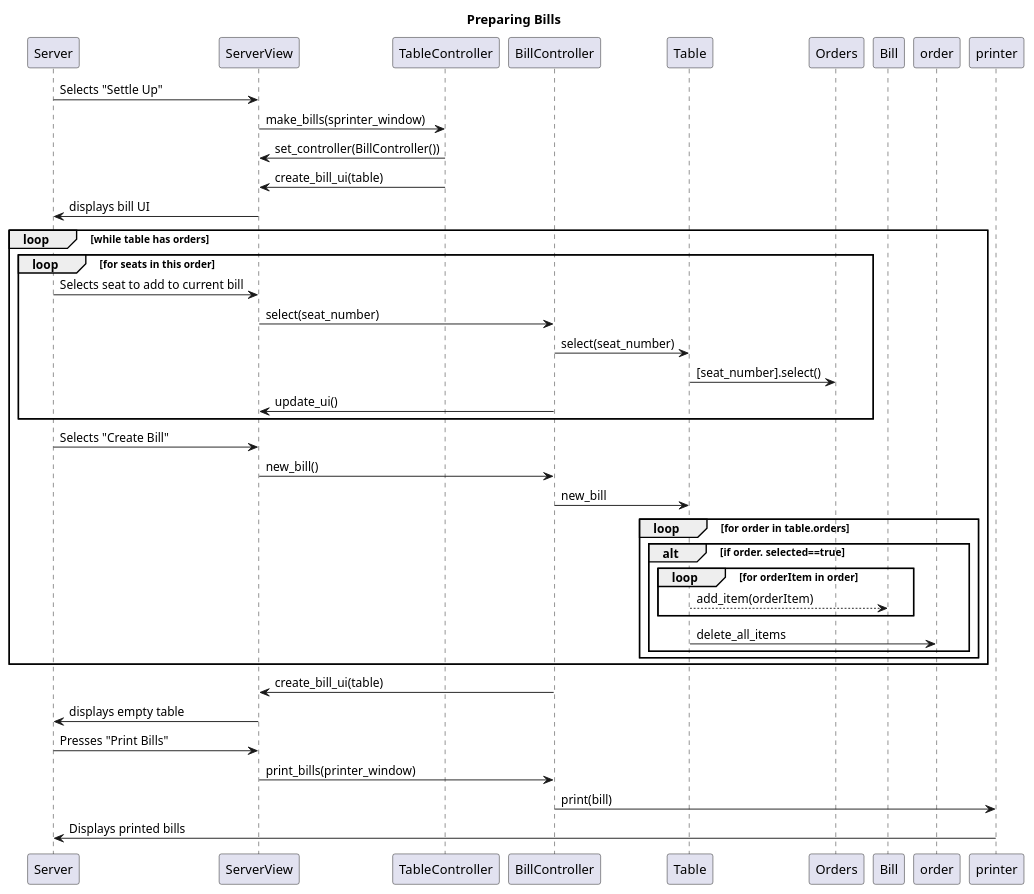
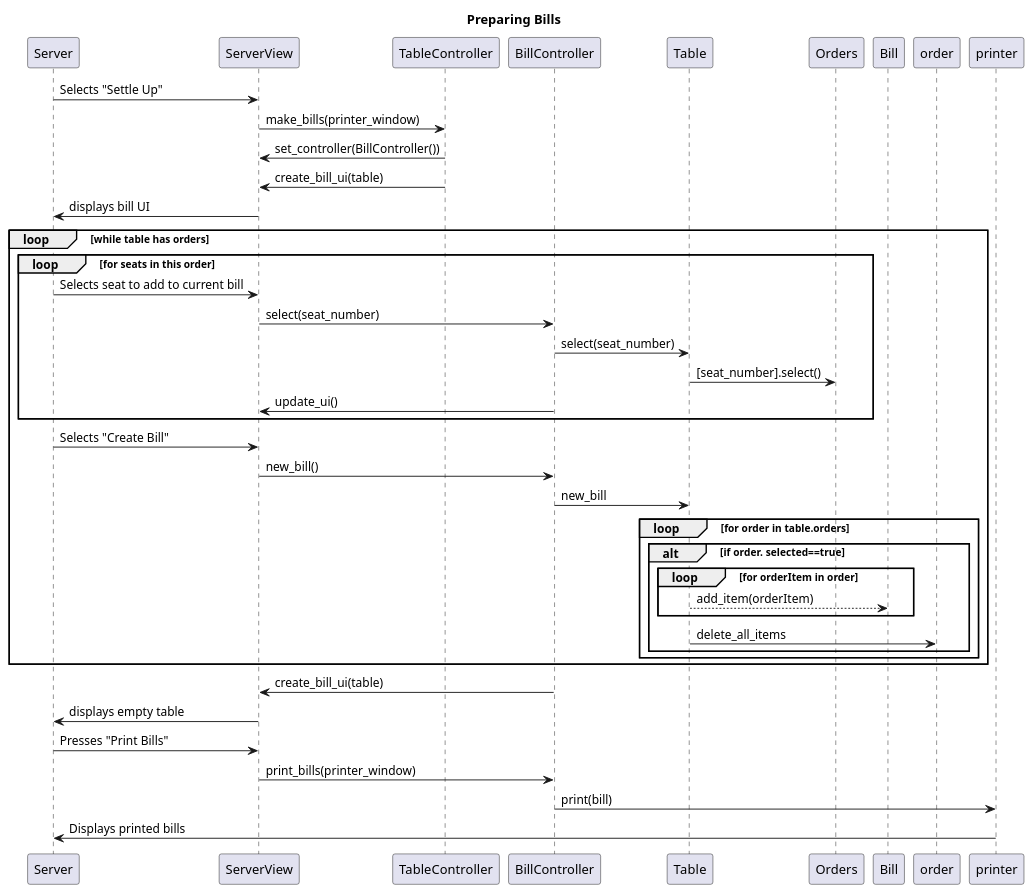
One commit to michaeljiang02/EEE320-Labs changed the diagram in Lab 5/Prepare Bills.puml. Above: the diagram before and after it, drawn with PlantUML. The commit also changed 10 other files, not shown here.

```diff
--- a/Lab 5/Prepare Bills.puml
+++ b/Lab 5/Prepare Bills.puml
@@ -1,39 +1,39 @@
 @startuml
 title: "Preparing Bills"
 Server->ServerView: Selects "Settle Up"
-ServerView->TableController: make_bills(sprinter_window)
+ServerView->TableController: make_bills(printer_window)
 
 TableController->ServerView:set_controller(BillController())
 
 TableController->ServerView: create_bill_ui(table)
 ServerView->Server: displays bill UI
 loop while table has orders
     loop for seats in this order
         Server->ServerView: Selects seat to add to current bill
         ServerView->BillController: select(seat_number)
         BillController->Table: select(seat_number)
         Table->Orders: [seat_number].select()
         BillController->ServerView: update_ui()
         end
         Server->ServerView: Selects "Create Bill"
         ServerView->BillController: new_bill()
         BillController->Table: new_bill
             loop for order in table.orders
                 alt if order. selected==true
                     loop for orderItem in order
                         Table-->Bill: add_item(orderItem)
                     end
                 Table->order:delete_all_items
                 end
             end
 end
             BillController->ServerView:create_bill_ui(table)
             ServerView->Server: displays empty table
 
     Server->ServerView: Presses "Print Bills"
     ServerView->BillController: print_bills(printer_window)
     BillController->printer: print(bill)
     printer->Server: Displays printed bills
 
 
 @enduml
```
